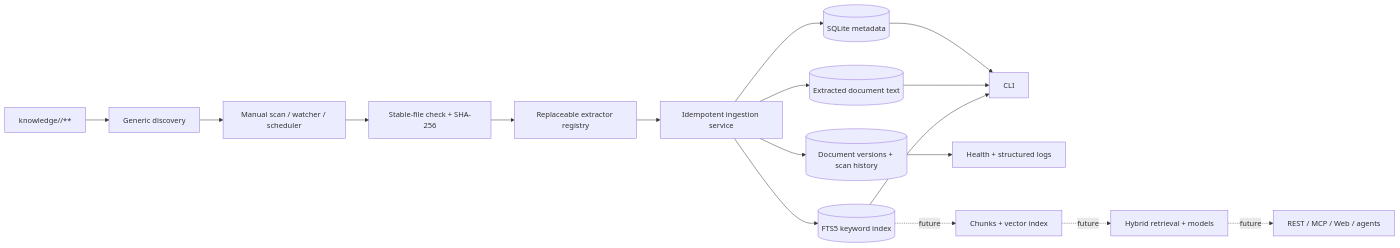
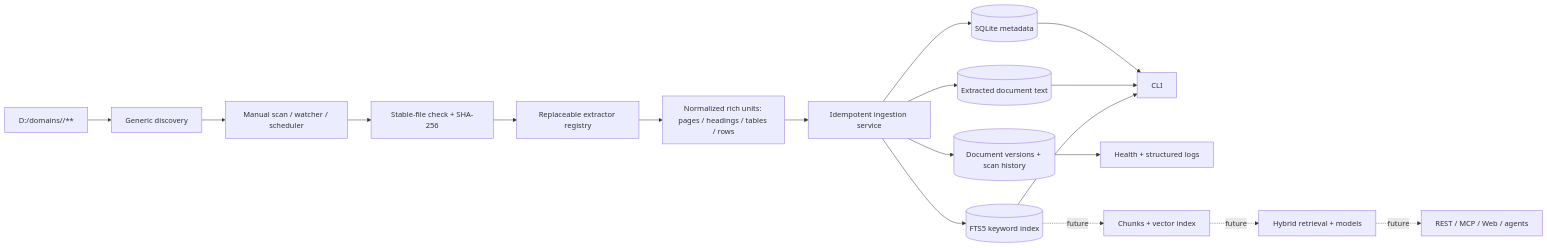
Before and after one commit to kolkars/AiFileManager: the diagram in docs/ARCHITECTURE.md, drawn with Mermaid. The commit also changed other lines of this file and 15 other files, not shown here.

````diff
--- a/docs/ARCHITECTURE.md
+++ b/docs/ARCHITECTURE.md
@@ -5,20 +5,21 @@
 ```mermaid
 flowchart LR
-    F["knowledge/<any-folder>/**"] --> D["Generic discovery"]
+    F["D:/domains/<any-folder>/**"] --> D["Generic discovery"]
     D --> W["Manual scan / watcher / scheduler"]
     W --> H["Stable-file check + SHA-256"]
     H --> E["Replaceable extractor registry"]
-    E --> I["Idempotent ingestion service"]
+    E --> U["Normalized rich units: pages / headings / tables / rows"]
+    U --> I["Idempotent ingestion service"]
     I --> M[("SQLite metadata")]
     I --> T[("Extracted document text")]
     I --> V[("Document versions + scan history")]
     I --> X[("FTS5 keyword index")]
     M --> C["CLI"]
     T --> C
     X --> C
     V --> O["Health + structured logs"]
 
     X -. "future" .-> S["Chunks + vector index"]
     S -. "future" .-> R["Hybrid retrieval + models"]
     R -. "future" .-> A["REST / MCP / Web / agents"]
 ```
````
